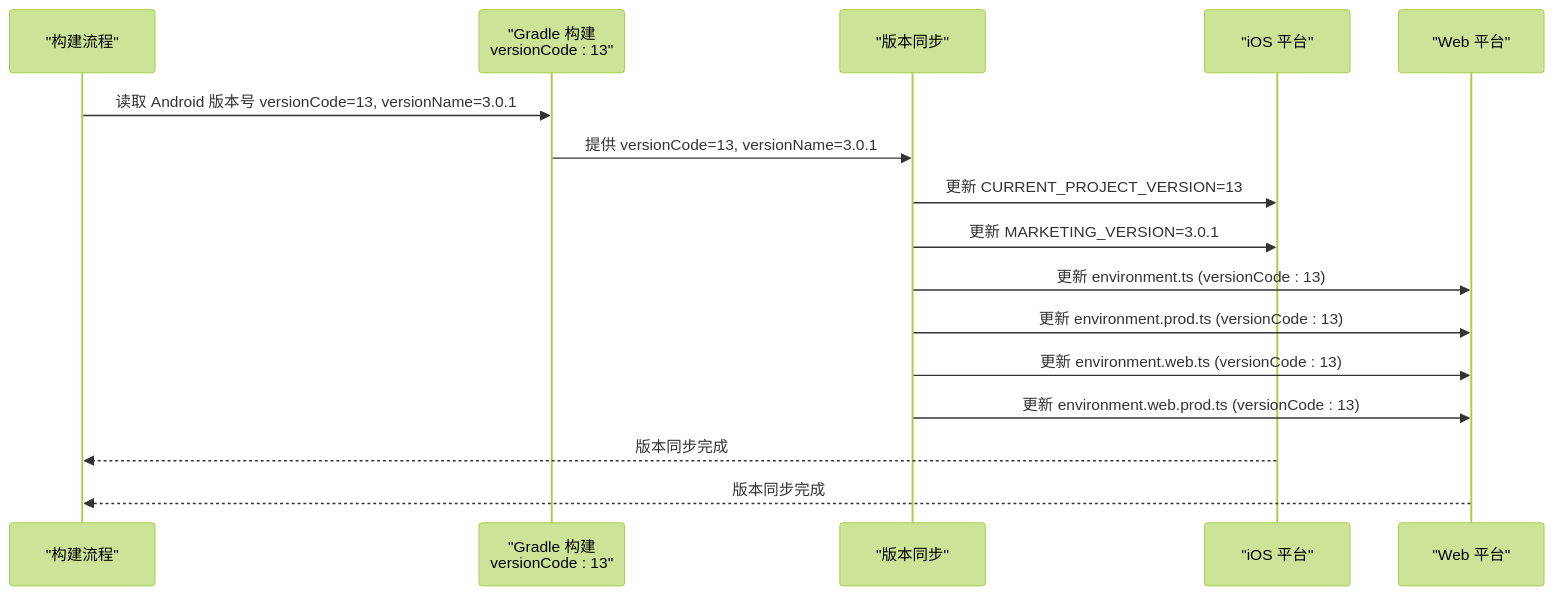
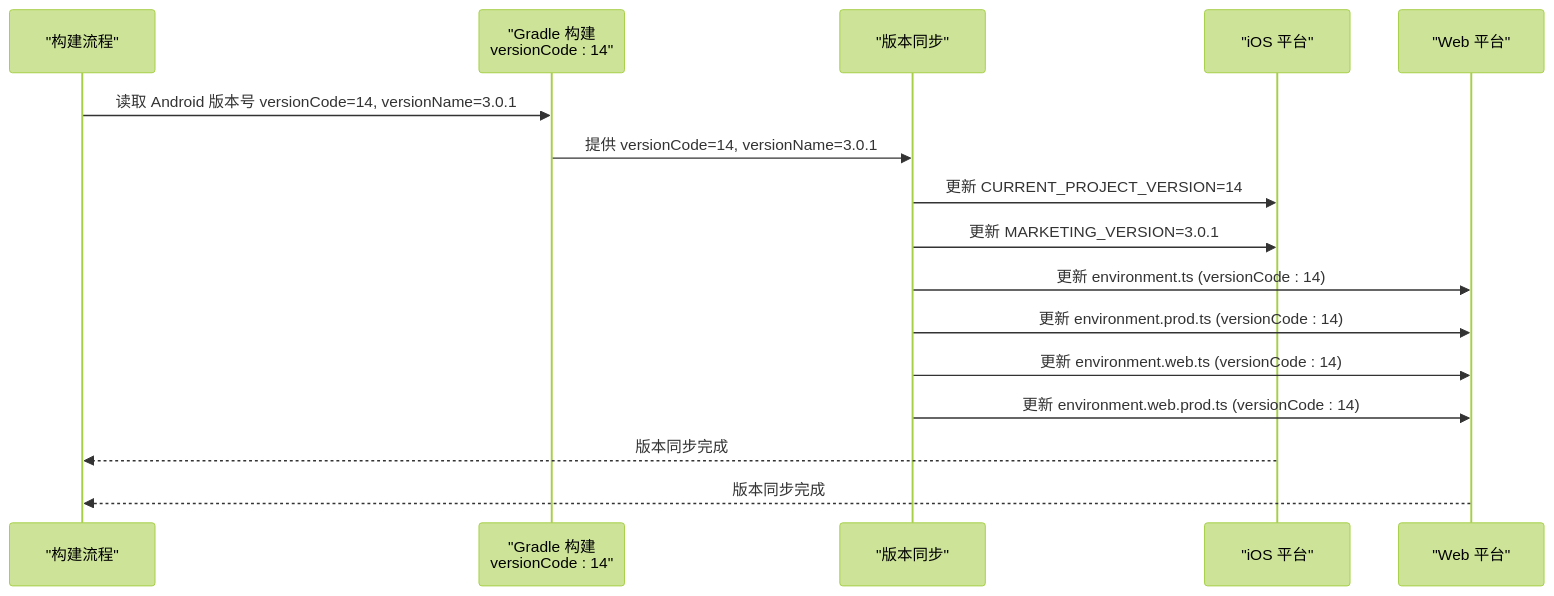
Before and after one commit to tea4go/Macro-Deck-Client-App: the fifth of 6 diagrams in .qoder/repowiki/zh/content/构建与部署/构建配置.md, drawn with Mermaid (forest theme). The commit also changed other lines of this file and 4 other files, not shown here.

````diff
--- a/.qoder/repowiki/zh/content/构建与部署/构建配置.md
+++ b/.qoder/repowiki/zh/content/构建与部署/构建配置.md
@@ -908,18 +908,18 @@
 ```mermaid
 sequenceDiagram
 participant Build as "构建流程"
-participant Gradle as "Gradle 构建<br/>versionCode : 13"
+participant Gradle as "Gradle 构建<br/>versionCode : 14"
 participant Sync as "版本同步"
 participant iOS as "iOS 平台"
 participant Web as "Web 平台"
-Build->>Gradle : 读取 Android 版本号 versionCode=13, versionName=3.0.1
-Gradle->>Sync : 提供 versionCode=13, versionName=3.0.1
-Sync->>iOS : 更新 CURRENT_PROJECT_VERSION=13
+Build->>Gradle : 读取 Android 版本号 versionCode=14, versionName=3.0.1
+Gradle->>Sync : 提供 versionCode=14, versionName=3.0.1
+Sync->>iOS : 更新 CURRENT_PROJECT_VERSION=14
 Sync->>iOS : 更新 MARKETING_VERSION=3.0.1
-Sync->>Web : 更新 environment.ts (versionCode : 13)
-Sync->>Web : 更新 environment.prod.ts (versionCode : 13)
-Sync->>Web : 更新 environment.web.ts (versionCode : 13)
-Sync->>Web : 更新 environment.web.prod.ts (versionCode : 13)
+Sync->>Web : 更新 environment.ts (versionCode : 14)
+Sync->>Web : 更新 environment.prod.ts (versionCode : 14)
+Sync->>Web : 更新 environment.web.ts (versionCode : 14)
+Sync->>Web : 更新 environment.web.prod.ts (versionCode : 14)
 iOS-->>Build : 版本同步完成
 Web-->>Build : 版本同步完成
 ```
````
